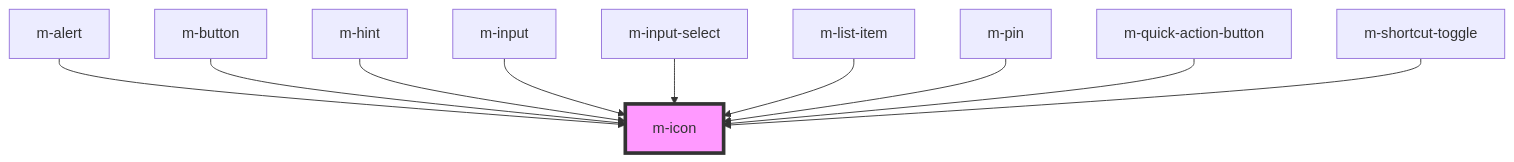
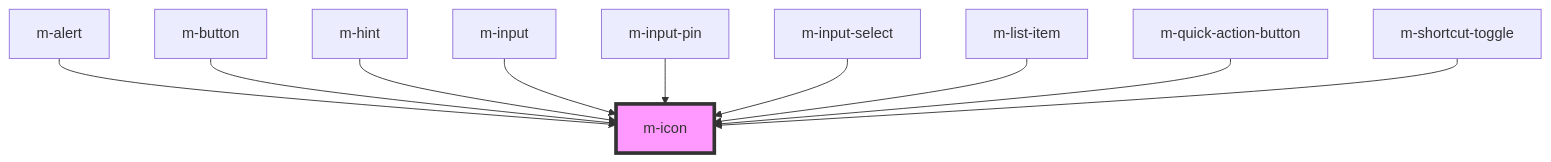
The diagram in libraries/modyo-design-system/src/components/m-icon/readme.md (dynamic-framework/dynamic-ui), drawn with Mermaid before and after one commit. The commit also changed other lines of this file and 20 other files, not shown here.

Commit message:
feat: m-input-pin homologation

````diff
--- a/libraries/modyo-design-system/src/components/m-icon/readme.md
+++ b/libraries/modyo-design-system/src/components/m-icon/readme.md
@@ -40,13 +40,13 @@
 ```mermaid
 graph TD;
   m-alert --> m-icon
   m-button --> m-icon
   m-hint --> m-icon
   m-input --> m-icon
+  m-input-pin --> m-icon
   m-input-select --> m-icon
   m-list-item --> m-icon
-  m-pin --> m-icon
   m-quick-action-button --> m-icon
   m-shortcut-toggle --> m-icon
   style m-icon fill:#f9f,stroke:#333,stroke-width:4px
 ```
````
